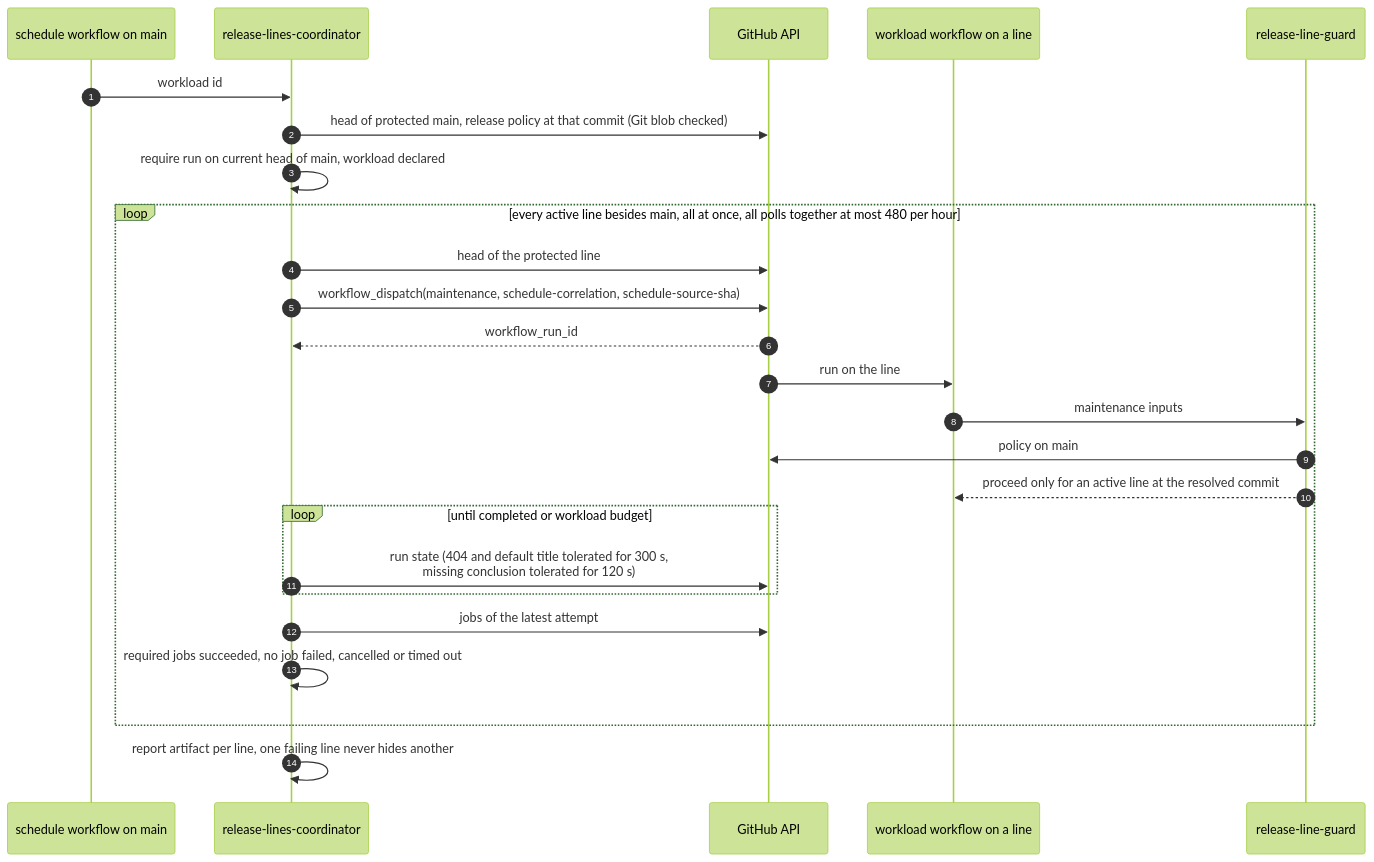
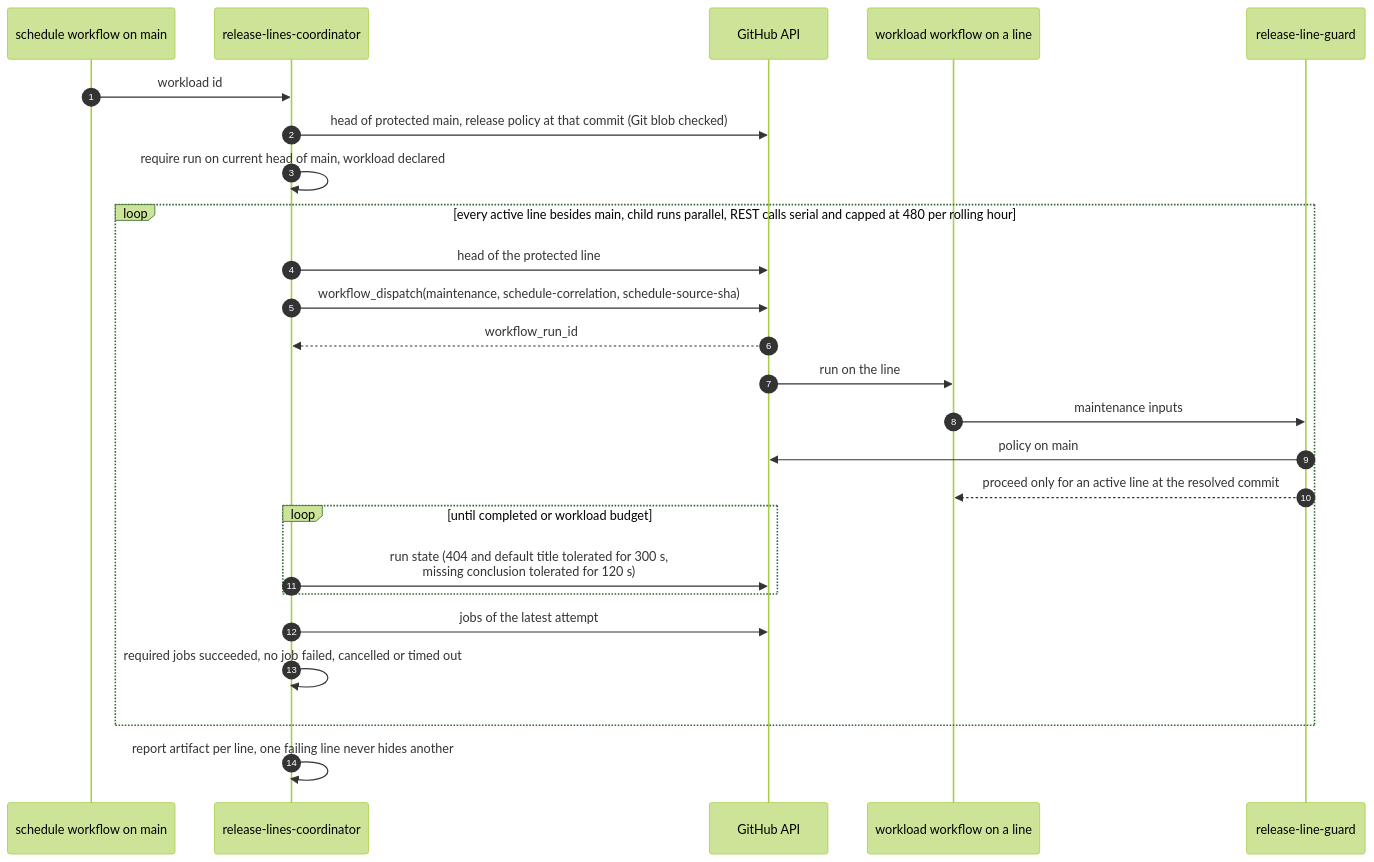
One commit to doka-labs/workflows changed the eighth of 19 diagrams in docs/overview.md. Above: the diagram before and after it, drawn with Mermaid (forest theme). The commit also changed other lines of this file and 17 other files, not shown here.

````diff
--- a/docs/overview.md
+++ b/docs/overview.md
@@ -213,28 +213,28 @@
 ```mermaid
 sequenceDiagram
   autonumber
   participant S as schedule workflow on main
   participant C as release-lines-coordinator
   participant API as GitHub API
   participant W as workload workflow on a line
   participant G as release-line-guard
 
   S->>C: workload id
   C->>API: head of protected main, release policy at that commit (Git blob checked)
   C->>C: require run on current head of main, workload declared
-  loop every active line besides main, all at once, all polls together at most 480 per hour
+  loop every active line besides main, child runs parallel, REST calls serial and capped at 480 per rolling hour
     C->>API: head of the protected line
     C->>API: workflow_dispatch(maintenance, schedule-correlation, schedule-source-sha)
     API-->>C: workflow_run_id
     API->>W: run on the line
     W->>G: maintenance inputs
     G->>API: policy on main
     G-->>W: proceed only for an active line at the resolved commit
     loop until completed or workload budget
       C->>API: run state (404 and default title tolerated for 300 s,<br/>missing conclusion tolerated for 120 s)
     end
     C->>API: jobs of the latest attempt
     C->>C: required jobs succeeded, no job failed, cancelled or timed out
   end
   C->>C: report artifact per line, one failing line never hides another
 ```
````
